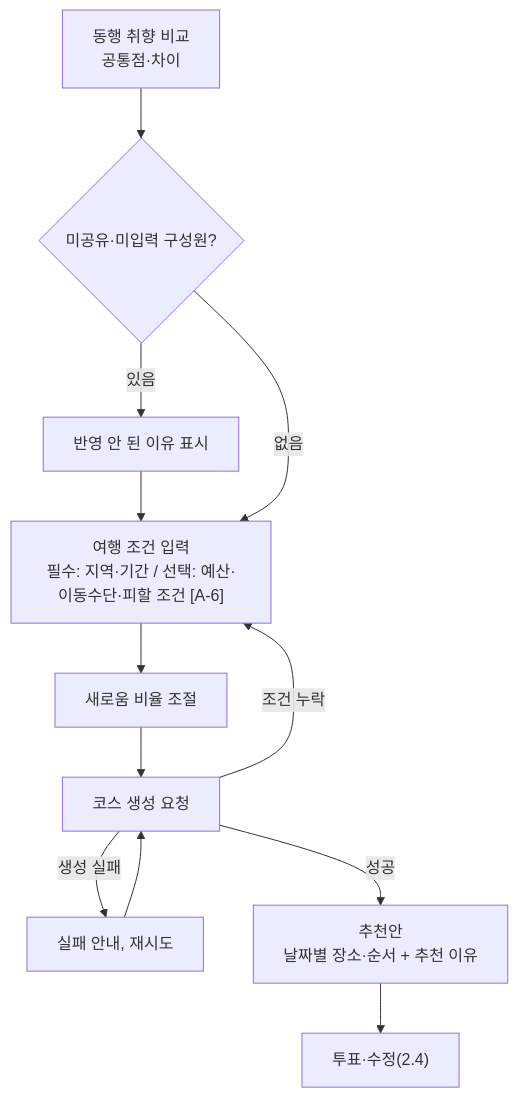
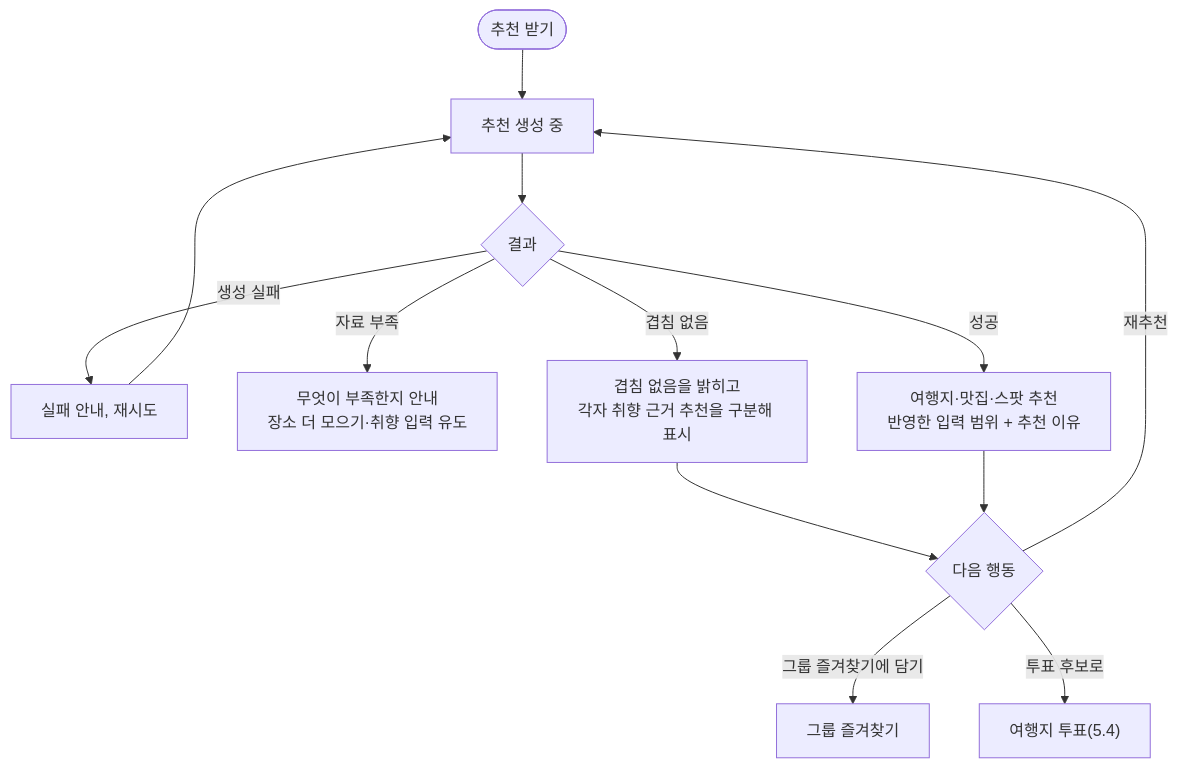
One commit to a204-eodilog/eodilog changed diagram 12 of 24 in docs/flow/user-flow.md. Above: the diagram before and after it, drawn with Mermaid. The commit also changed other lines of this file, not shown here.

````diff
--- a/docs/flow/user-flow.md
+++ b/docs/flow/user-flow.md
@@ -123,12 +268,14 @@
 ```mermaid
 flowchart TD
-    CMP["동행 취향 비교<br/>공통점·차이"] --> MISS{"미공유·미입력 구성원?"}
-    MISS -- "있음" --> WHY["반영 안 된 이유 표시"] --> COND
-    MISS -- "없음" --> COND["여행 조건 입력<br/>필수: 지역·기간 / 선택: 예산·이동수단·피할 조건 [A-6]"]
-    COND --> NOV["새로움 비율 조절"]
-    NOV --> GEN["코스 생성 요청"]
-    GEN -- "조건 누락" --> COND
-    GEN -- "생성 실패" --> GF["실패 안내, 재시도"] --> GEN
-    GEN -- "성공" --> REC["추천안<br/>날짜별 장소·순서 + 추천 이유"]
-    REC --> VOTE["투표·수정(2.4)"]
+    REQ(["추천 받기"]) --> GEN["추천 생성 중"]
+    GEN --> R{"결과"}
+    R -- "생성 실패" --> GFAIL["실패 안내, 재시도"] --> GEN
+    R -- "자료 부족" --> LACK["무엇이 부족한지 안내<br/>장소 더 모으기·취향 입력 유도"]
+    R -- "겹침 없음" --> NOOV["겹침 없음을 밝히고<br/>각자 취향 근거 추천을 구분해 표시"]
+    R -- "성공" --> OK["여행지·맛집·스팟 추천<br/>반영한 입력 범위 + 추천 이유"]
+    NOOV --> USE
+    OK --> USE{"다음 행동"}
+    USE -- "그룹 즐겨찾기에 담기" --> GF["그룹 즐겨찾기"]
+    USE -- "투표 후보로" --> VOTE["여행지 투표(5.4)"]
+    USE -- "재추천" --> GEN
 ```
````
